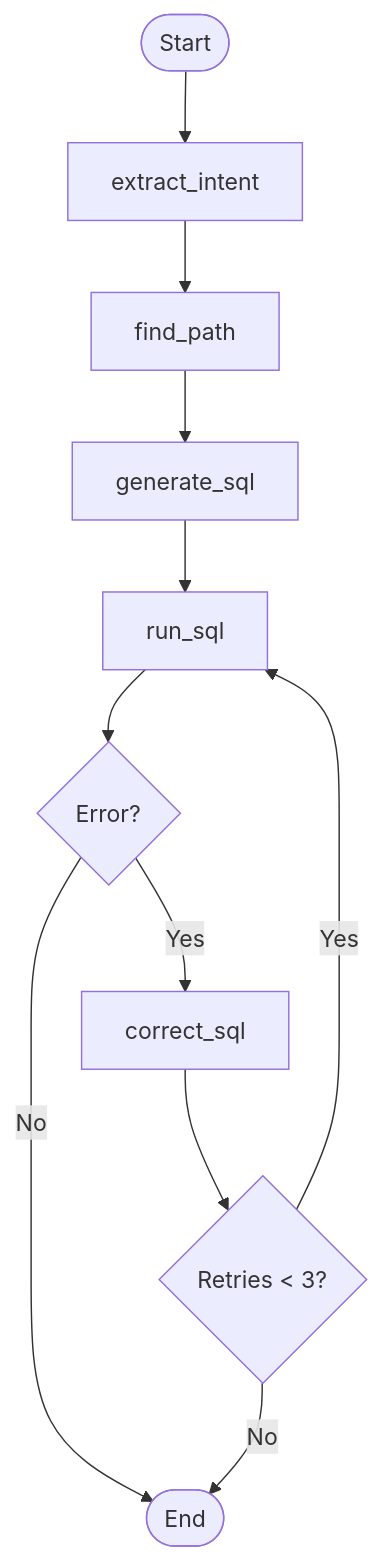
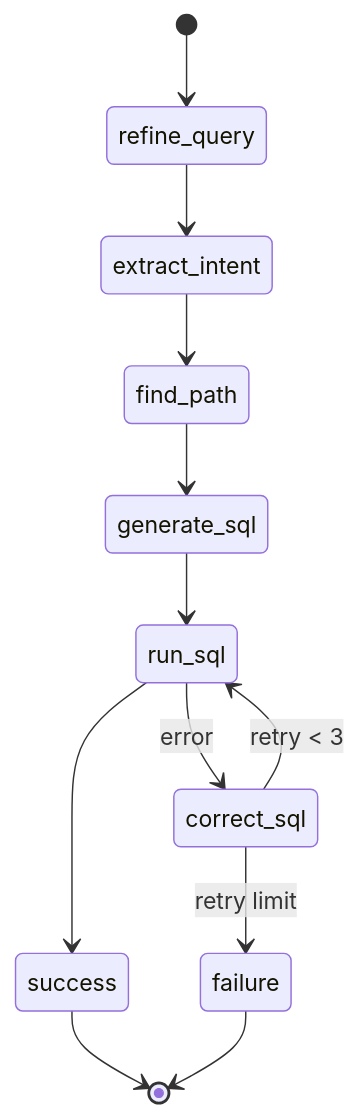
The first of 4 diagrams in docs/architecture.md (Project-7283/project-nlq0), drawn with Mermaid before and after one commit. The commit also changed other lines of this file, not shown here.

````diff
--- a/docs/architecture.md
+++ b/docs/architecture.md
@@ -23,13 +18,14 @@
 ```mermaid
-graph TD
-    Start([Start]) --> extract_intent
+stateDiagram-v2
+    [*] --> refine_query
+    refine_query --> extract_intent
     extract_intent --> find_path
     find_path --> generate_sql
     generate_sql --> run_sql
-    run_sql --> CheckError{Error?}
-    CheckError -- Yes --> correct_sql
-    CheckError -- No --> End([End])
-    correct_sql --> CheckRetry{Retries < 3?}
-    CheckRetry -- Yes --> run_sql
-    CheckRetry -- No --> End
+    run_sql --> success
+    run_sql --> correct_sql : error
+    correct_sql --> run_sql : retry < 3
+    correct_sql --> failure : retry limit
+    success --> [*]
+    failure --> [*]
 ```
````
